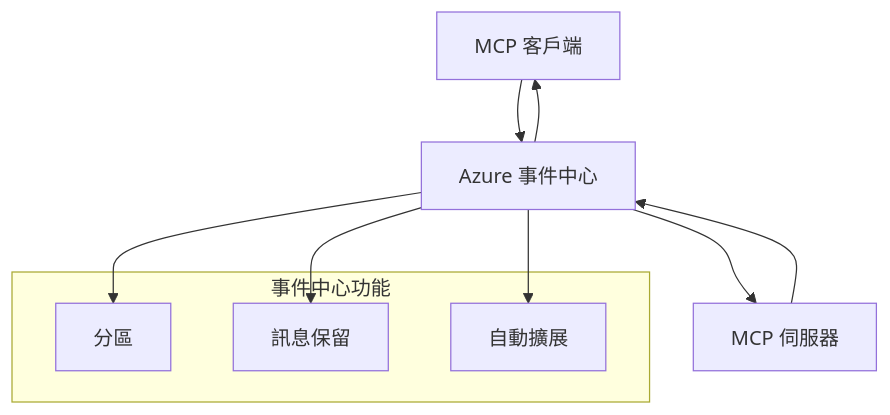
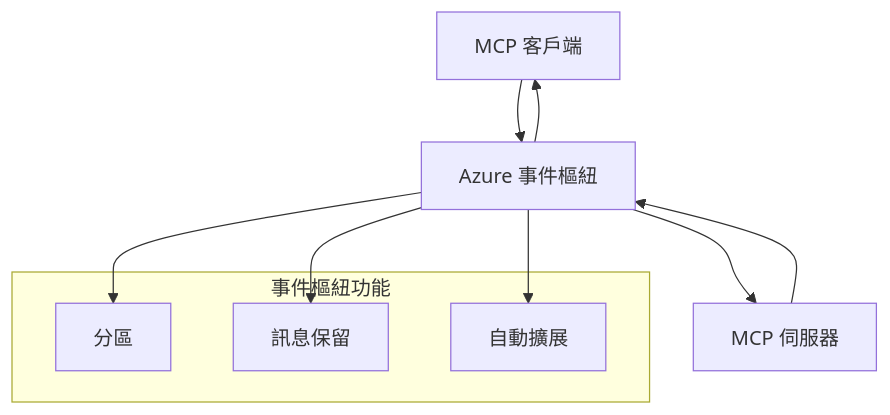
The second of 2 diagrams in mcp_ecosystem__model_context_protocol/mcp_learning_resources/mcp-for-beginners/translations/zh-HK/05-AdvancedTopics/mcp-transport/README.md (HIDORAKAI002/ai-workspace-archive), drawn with Mermaid before and after one commit. The commit also changed other lines of this file and 1539 other files, not shown here.

````diff
--- a/mcp_ecosystem__model_context_protocol/mcp_learning_resources/mcp-for-beginners/translations/zh-HK/05-AdvancedTopics/mcp-transport/README.md
+++ b/mcp_ecosystem__model_context_protocol/mcp_learning_resources/mcp-for-beginners/translations/zh-HK/05-AdvancedTopics/mcp-transport/README.md
@@ -269,17 +270,17 @@
 ```mermaid
 graph TB
-    Client[MCP 客戶端] --> EH[Azure 事件中心]
+    Client[MCP 客戶端] --> EH[Azure 事件樞紐]
     EH --> Server[MCP 伺服器]
     Server --> EH
     EH --> Client
     
-    subgraph "事件中心功能"
+    subgraph "事件樞紐功能"
         Partition[分區]
         Retention[訊息保留]
         Scaling[自動擴展]
     end
     
     EH --> Partition
     EH --> Retention
     EH --> Scaling
 ```
````
